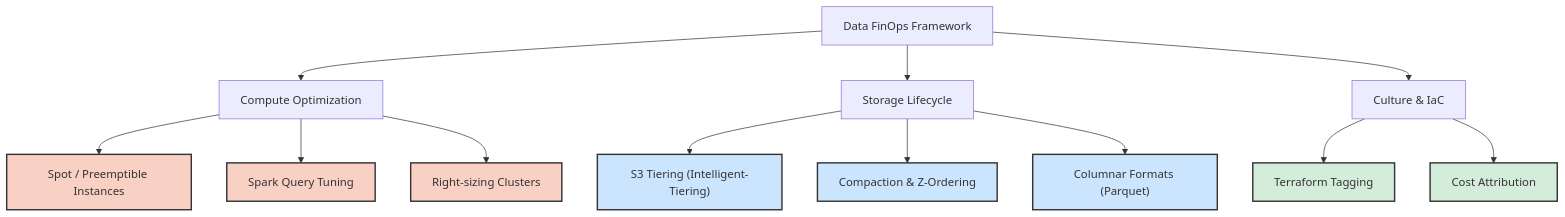
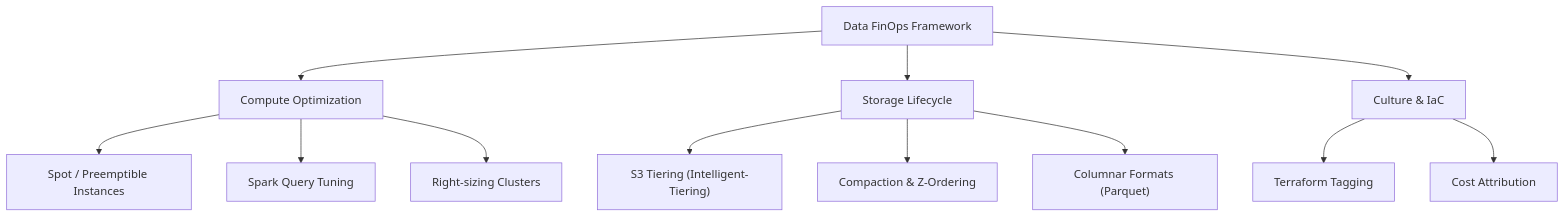
One commit to kythuatdulieu/kythuatdulieu.github.io changed the diagram in src/content/docs/concepts/8-security-governance-finops/finops-data-engineering.md. Above: the diagram before and after it, drawn with Mermaid. The commit also changed other lines of this file and 682 other files, not shown here.

````diff
--- a/src/content/docs/concepts/8-security-governance-finops/finops-data-engineering.md
+++ b/src/content/docs/concepts/8-security-governance-finops/finops-data-engineering.md
@@ -43,21 +39,20 @@
 ```mermaid
 graph TD
-    classDef compute fill:#f9d0c4,stroke:#333,stroke-width:2px;
-    classDef storage fill:#cce5ff,stroke:#333,stroke-width:2px;
-    classDef culture fill:#d4edda,stroke:#333,stroke-width:2px;
+
+
 
     A["Data FinOps Framework"] --> B["Compute Optimization"]
     A --> C["Storage Lifecycle"]
     A --> D["Culture & IaC"]
     
     B --> B1["Spot / Preemptible Instances"]:::compute
     B --> B2["Spark Query Tuning"]:::compute
     B --> B3["Right-sizing Clusters"]:::compute
     
     C --> C1["S3 Tiering (Intelligent-Tiering)"]:::storage
     C --> C2["Compaction & Z-Ordering"]:::storage
     C --> C3["Columnar Formats (Parquet)"]:::storage
     
     D --> D1["Terraform Tagging"]:::culture
     D --> D2["Cost Attribution"]:::culture
 ```
````
